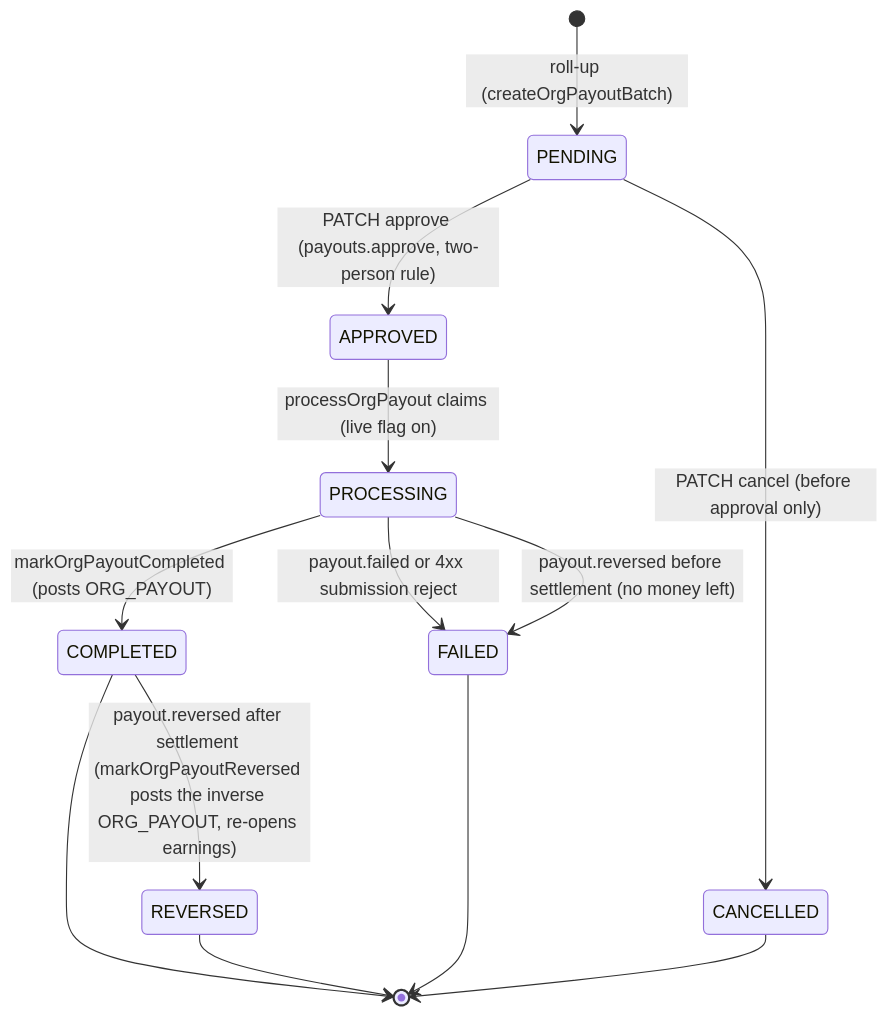
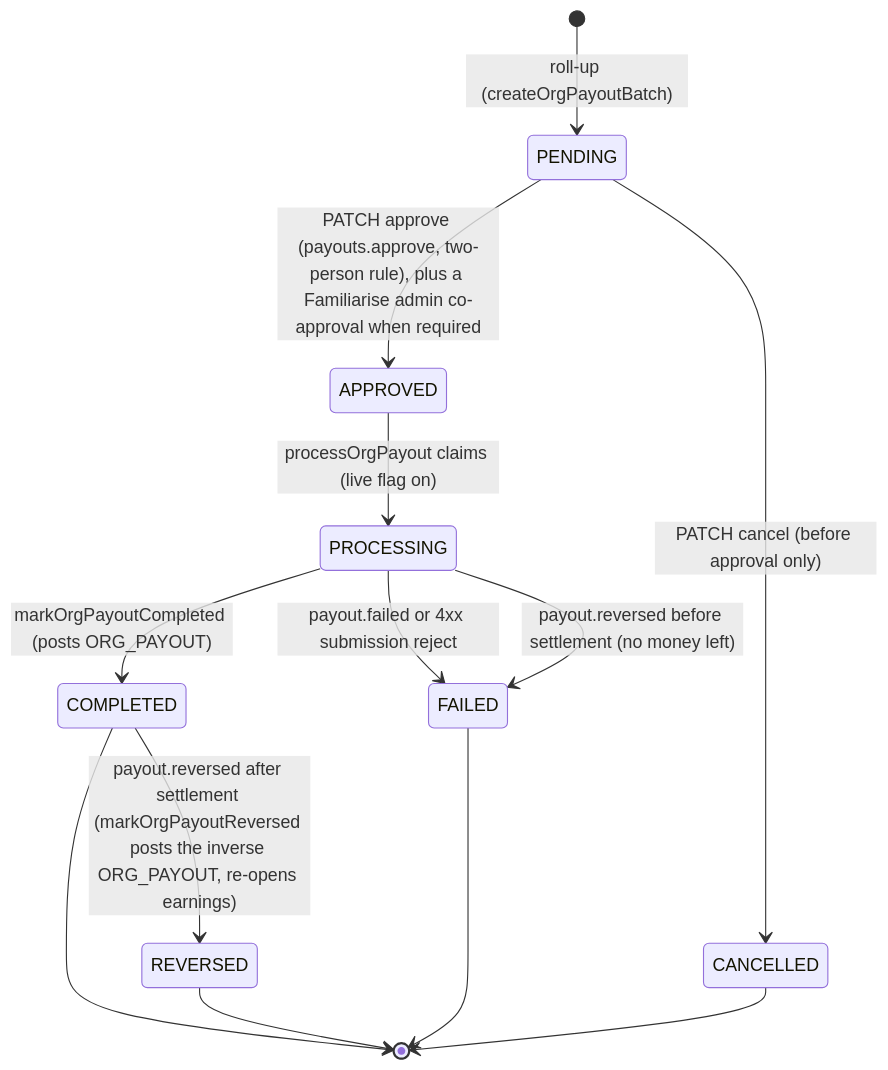
Before and after one commit to Practitionist/familiarise_web: the first of 2 diagrams in docs/enterprise/10-money-and-ledger/07-payout-pipeline.md, drawn with Mermaid. The commit also changed other lines of this file and 34 other files, not shown here.

````diff
--- a/docs/enterprise/10-money-and-ledger/07-payout-pipeline.md
+++ b/docs/enterprise/10-money-and-ledger/07-payout-pipeline.md
@@ -57,15 +57,15 @@
 ```mermaid
 stateDiagram-v2
   [*] --> PENDING: roll-up (createOrgPayoutBatch)
-  PENDING --> APPROVED: PATCH approve (payouts.approve, two-person rule)
+  PENDING --> APPROVED: PATCH approve (payouts.approve, two-person rule), plus a Familiarise admin co-approval when required
   PENDING --> CANCELLED: PATCH cancel (before approval only)
   APPROVED --> PROCESSING: processOrgPayout claims (live flag on)
   PROCESSING --> COMPLETED: markOrgPayoutCompleted (posts ORG_PAYOUT)
   PROCESSING --> FAILED: payout.failed or 4xx submission reject
   PROCESSING --> FAILED: payout.reversed before settlement (no money left)
   COMPLETED --> REVERSED: payout.reversed after settlement (markOrgPayoutReversed posts the inverse ORG_PAYOUT, re-opens earnings)
   COMPLETED --> [*]
   REVERSED --> [*]
   FAILED --> [*]
   CANCELLED --> [*]
 ```
````
